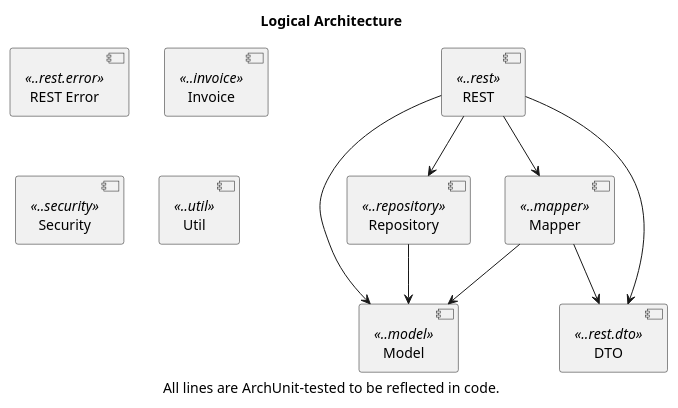
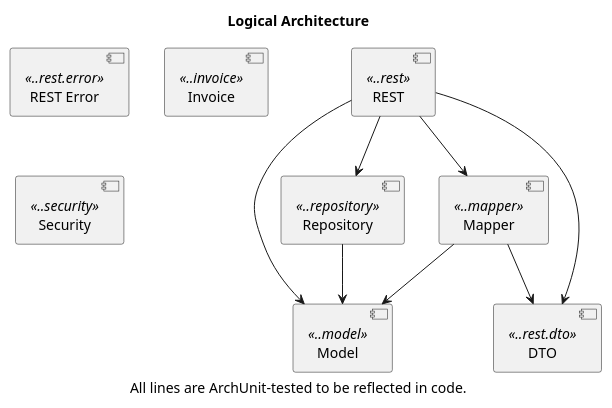
The diagram in petclinic-backend/docs/packages.puml (victorrentea/petclinic), drawn with PlantUML before and after one commit. The commit also changed 5 other files, not shown here.

```diff
--- a/petclinic-backend/docs/packages.puml
+++ b/petclinic-backend/docs/packages.puml
@@ -1,24 +1,23 @@
 @startuml
 
 title Logical Architecture
 caption All lines are ArchUnit-tested to be reflected in code.
 
 [Model] <<..model>>
 [Repository] <<..repository>>
 [DTO] <<..rest.dto>>
 [REST Error] <<..rest.error>>
 [Mapper] <<..mapper>>
 [REST] <<..rest>>
 [Invoice] <<..invoice>>
 [Security] <<..security>>
-[Util] <<..util>>
 
 [Repository] --> [Model]
 [Mapper] --> [Model]
 [Mapper] --> [DTO]
 [REST] --> [Model]
 [REST] --> [Repository]
 [REST] --> [Mapper]
 [REST] --> [DTO]
 
 @enduml
```
